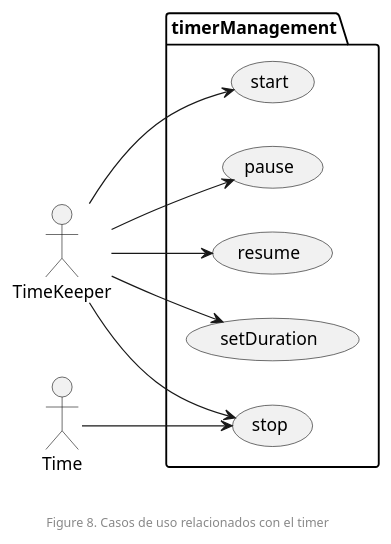
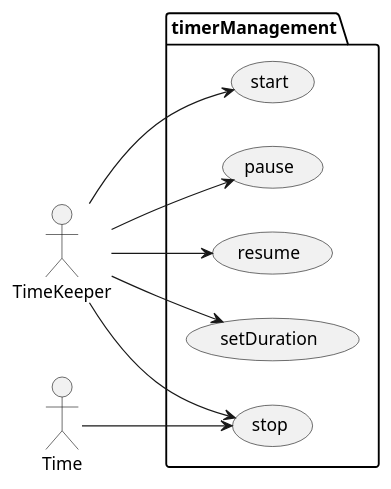
Before and after one commit to zuldare/mastercloud_pfm_halterocms: the diagram in documentation/diagrams/1_requirements/1_usecases/timer.puml, drawn with PlantUML. The commit also changed 13 other files, not shown here.

Commit message:
Update diagrams

```diff
--- a/documentation/diagrams/1_requirements/1_usecases/timer.puml
+++ b/documentation/diagrams/1_requirements/1_usecases/timer.puml
@@ -1,20 +1,19 @@
 @startuml
 left to right direction
 
 package timerManagement {
   usecase start
   usecase pause
   usecase resume
   usecase setDuration
   usecase stop
 }
 
 TimeKeeper --> start
 TimeKeeper --> pause
 TimeKeeper --> resume
 TimeKeeper --> stop
 TimeKeeper --> setDuration
 Time --> stop
 
-footer \n\nFigure 8. Casos de uso relacionados con el timer
 @enduml
```
